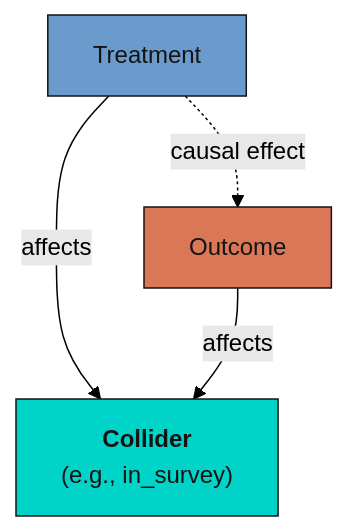
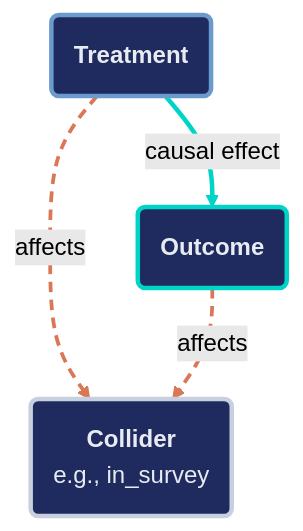
Before and after one commit to cmg777/starter-academic-v501: the fourth of 5 diagrams in content/post/python_dowhy/index.md, drawn with Mermaid (forest theme). The commit also changed other lines of this file and 2 other files, not shown here.

First line of the commit message:
content(mermaid): restyle flowcharts in stata_rct, python_dowhy, r_estimateW (pilot)

````diff
--- a/content/post/python_dowhy/index.md
+++ b/content/post/python_dowhy/index.md
@@ -540,10 +550,14 @@
 ```mermaid
 graph TD
-    T["Treatment"] -->|"affects"| Col["<b>Collider</b><br/>(e.g., in_survey)"]
-    Y["Outcome"] -->|"affects"| Col
-    T -.->|"causal effect"| Y
-
-    style T fill:#6a9bcc,stroke:#141413,color:#141413
-    style Col fill:#00d4c8,stroke:#141413,color:#141413
-    style Y fill:#d97757,stroke:#141413,color:#141413
+    T("<b>Treatment</b>") -.->|"affects"| Col("<b>Collider</b><br/>e.g., in_survey")
+    Y("<b>Outcome</b>") -.->|"affects"| Col
+    T ==>|"causal effect"| Y
+    classDef blue fill:#1f2b5e,stroke:#6a9bcc,stroke-width:3px,color:#e8ecf2
+    classDef gray fill:#1f2b5e,stroke:#c8d0e0,stroke-width:3px,color:#e8ecf2
+    classDef teal fill:#1f2b5e,stroke:#00d4c8,stroke-width:3px,color:#e8ecf2
+    class T blue
+    class Col gray
+    class Y teal
+    linkStyle 0,1 stroke:#d97757,stroke-width:2.5px,stroke-dasharray:7 5
+    linkStyle 2 stroke:#00d4c8,stroke-width:3px
 ```
````
